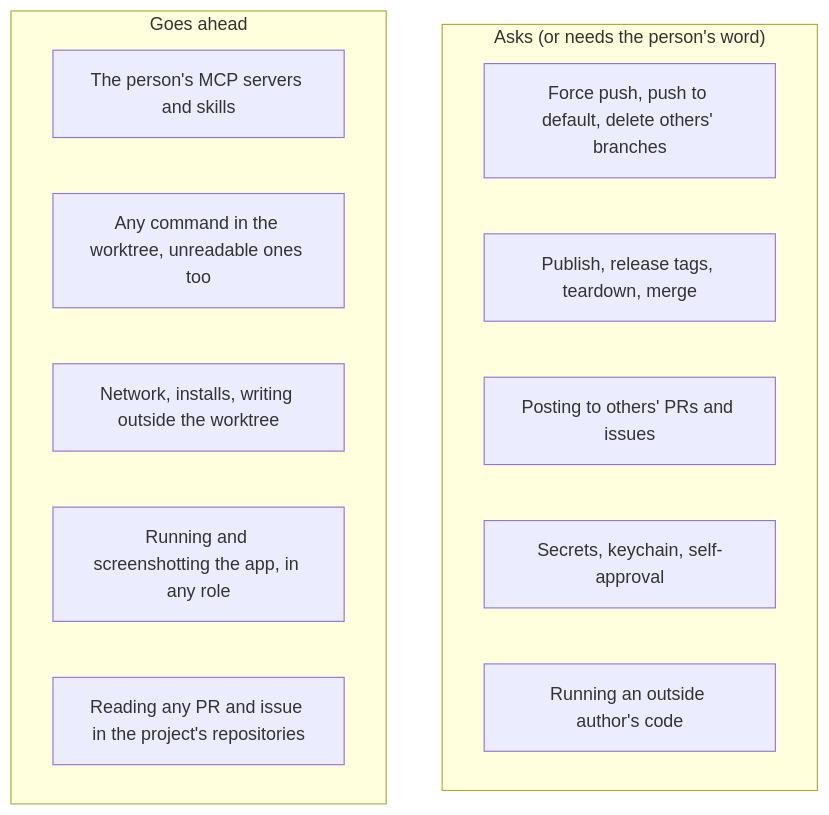
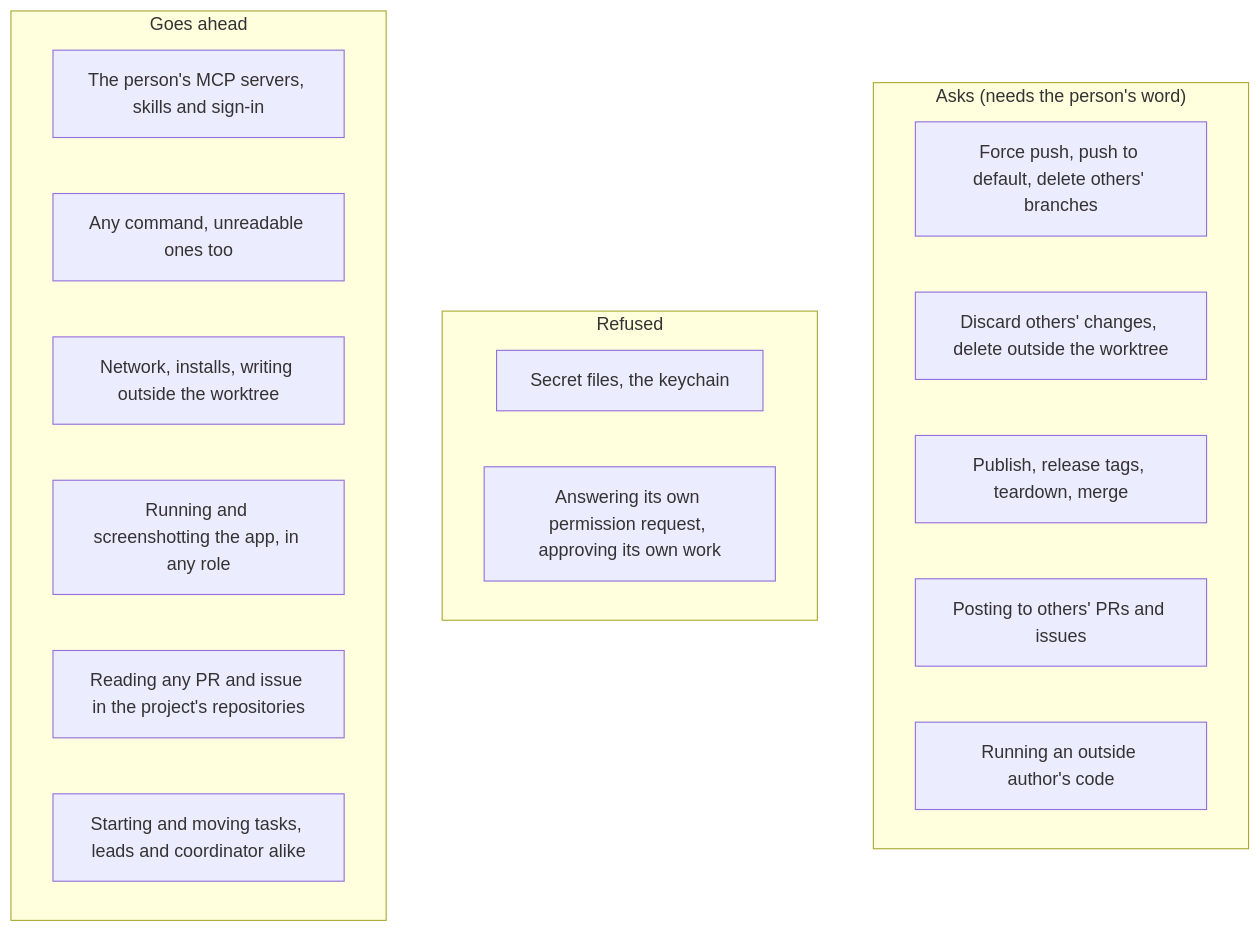
One commit to AltharIDE/althar changed the diagram in docs/plans/capable-by-default.md. Above: the diagram before and after it, drawn with Mermaid. The commit also changed other lines of this file and 11 other files, not shown here.

First line of the commit message:
Architecture, glossary and the plan follow ADR-097

````diff
--- a/docs/plans/capable-by-default.md
+++ b/docs/plans/capable-by-default.md
@@ -100,17 +97,22 @@
 ```mermaid
 flowchart TB
-    subgraph Ask["Asks (or needs the person's word)"]
+    subgraph Ask["Asks (needs the person's word)"]
       A1[Force push, push to default, delete others' branches]
-      A2[Publish, release tags, teardown, merge]
-      A3[Posting to others' PRs and issues]
-      A4[Secrets, keychain, self-approval]
+      A2[Discard others' changes, delete outside the worktree]
+      A3[Publish, release tags, teardown, merge]
+      A4[Posting to others' PRs and issues]
       A5[Running an outside author's code]
     end
+    subgraph Refused["Refused"]
+      R1[Secret files, the keychain]
+      R2[Answering its own permission request, approving its own work]
+    end
     subgraph Free["Goes ahead"]
-      F1[The person's MCP servers and skills]
-      F2[Any command in the worktree, unreadable ones too]
+      F1[The person's MCP servers, skills and sign-in]
+      F2[Any command, unreadable ones too]
       F3[Network, installs, writing outside the worktree]
       F4[Running and screenshotting the app, in any role]
       F5[Reading any PR and issue in the project's repositories]
+      F6[Starting and moving tasks, leads and coordinator alike]
     end
 ```
````
